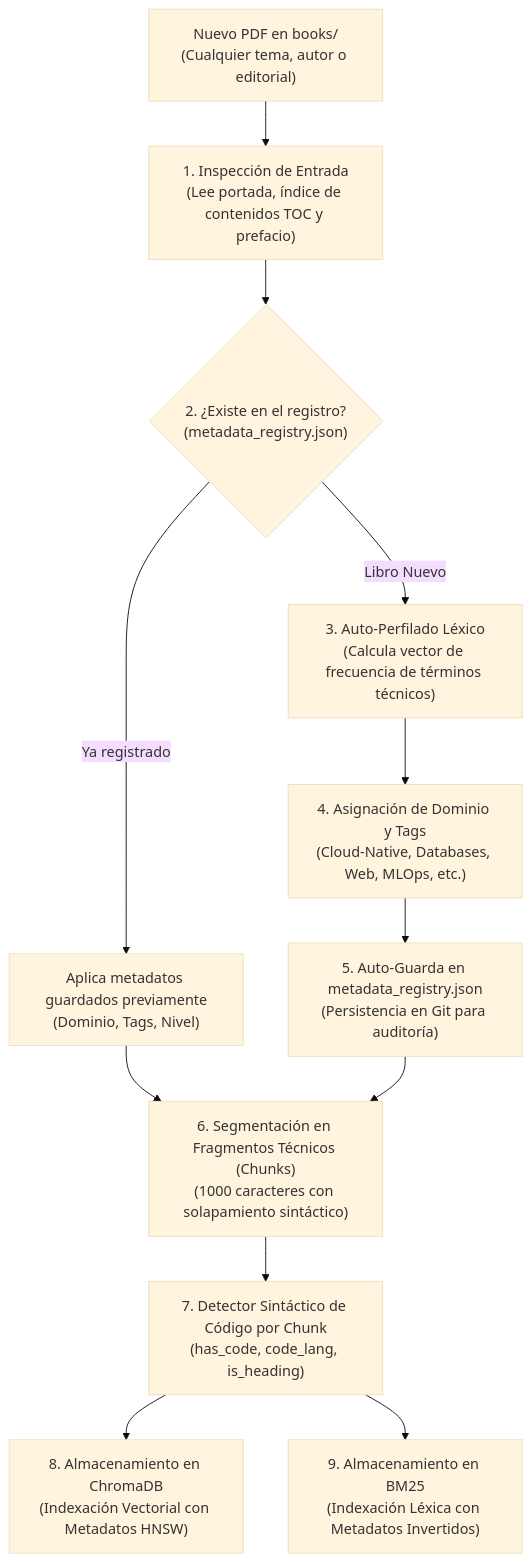
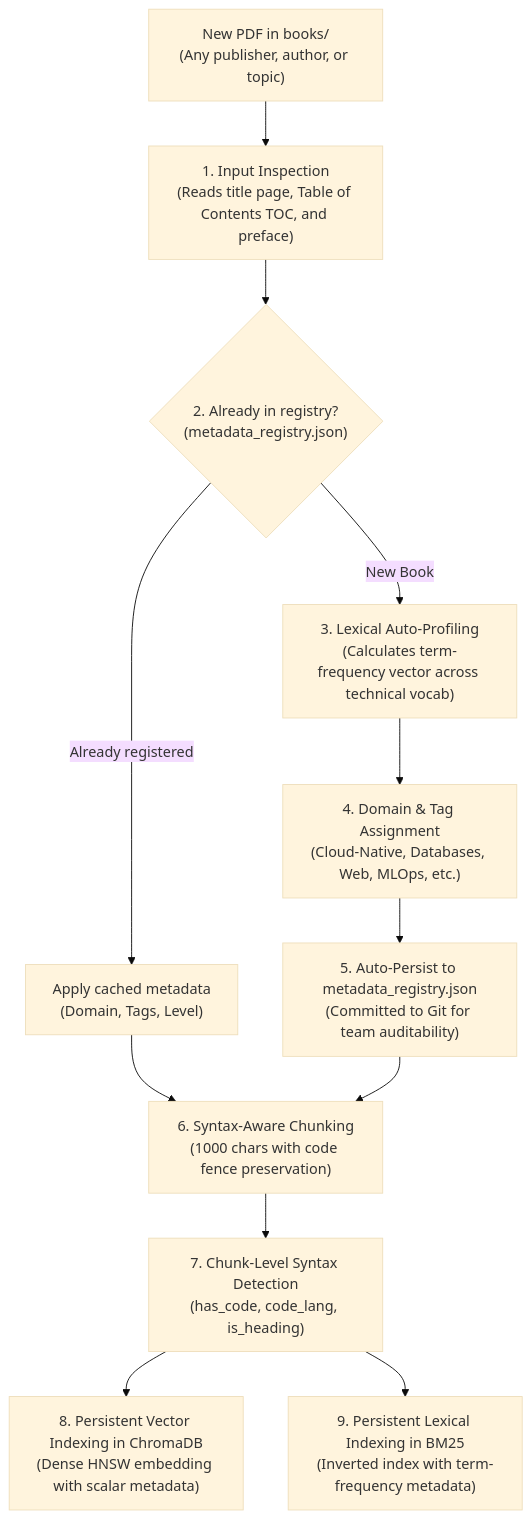
Before and after one commit to villadalmine/rag-tutor: the diagram in METADATA_SYSTEM.md, drawn with Mermaid (base theme). The commit also changed other lines of this file and 5 other files, not shown here.

````diff
--- a/METADATA_SYSTEM.md
+++ b/METADATA_SYSTEM.md
@@ -35,18 +35,18 @@
 ```mermaid
 flowchart TD
-    PDF["Nuevo PDF en books/\n(Cualquier tema, autor o editorial)"] --> S1["1. Inspección de Entrada\n(Lee portada, índice de contenidos TOC y prefacio)"]
-    S1 --> S2{"2. ¿Existe en el registro?\n(metadata_registry.json)"}
+    PDF["New PDF in books/\n(Any publisher, author, or topic)"] --> S1["1. Input Inspection\n(Reads title page, Table of Contents TOC, and preface)"]
+    S1 --> S2{"2. Already in registry?\n(metadata_registry.json)"}
     
-    S2 -->|Ya registrado| REG["Aplica metadatos guardados previamente\n(Dominio, Tags, Nivel)"]
-    S2 -->|Libro Nuevo| PERF["3. Auto-Perfilado Léxico\n(Calcula vector de frecuencia de términos técnicos)"]
+    S2 -->|Already registered| REG["Apply cached metadata\n(Domain, Tags, Level)"]
+    S2 -->|New Book| PERF["3. Lexical Auto-Profiling\n(Calculates term-frequency vector across technical vocab)"]
     
-    PERF --> DOM["4. Asignación de Dominio y Tags\n(Cloud-Native, Databases, Web, MLOps, etc.)"]
-    DOM --> WRITE["5. Auto-Guarda en metadata_registry.json\n(Persistencia en Git para auditoría)"]
+    PERF --> DOM["4. Domain & Tag Assignment\n(Cloud-Native, Databases, Web, MLOps, etc.)"]
+    DOM --> WRITE["5. Auto-Persist to metadata_registry.json\n(Committed to Git for team auditability)"]
     
-    REG & WRITE --> CHUNK["6. Segmentación en Fragmentos Técnicos (Chunks)\n(1000 caracteres con solapamiento sintáctico)"]
+    REG & WRITE --> CHUNK["6. Syntax-Aware Chunking\n(1000 chars with code fence preservation)"]
     
-    CHUNK --> SYNTAX["7. Detector Sintáctico de Código por Chunk\n(has_code, code_lang, is_heading)"]
+    CHUNK --> SYNTAX["7. Chunk-Level Syntax Detection\n(has_code, code_lang, is_heading)"]
     
-    SYNTAX --> CHROMA["8. Almacenamiento en ChromaDB\n(Indexación Vectorial con Metadatos HNSW)"]
-    SYNTAX --> BM25["9. Almacenamiento en BM25\n(Indexación Léxica con Metadatos Invertidos)"]
+    SYNTAX --> CHROMA["8. Persistent Vector Indexing in ChromaDB\n(Dense HNSW embedding with scalar metadata)"]
+    SYNTAX --> BM25["9. Persistent Lexical Indexing in BM25\n(Inverted index with term-frequency metadata)"]
 ```
````
